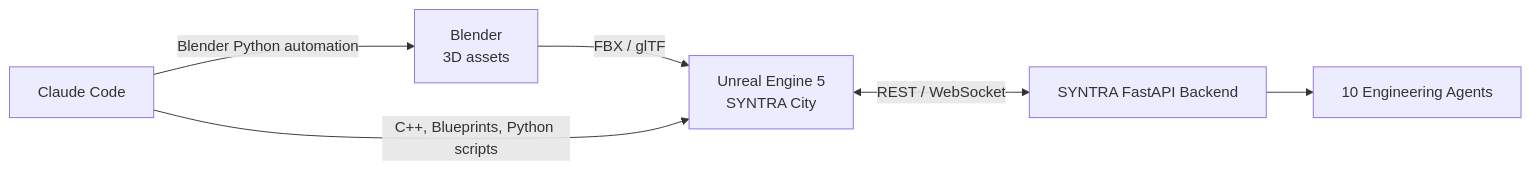
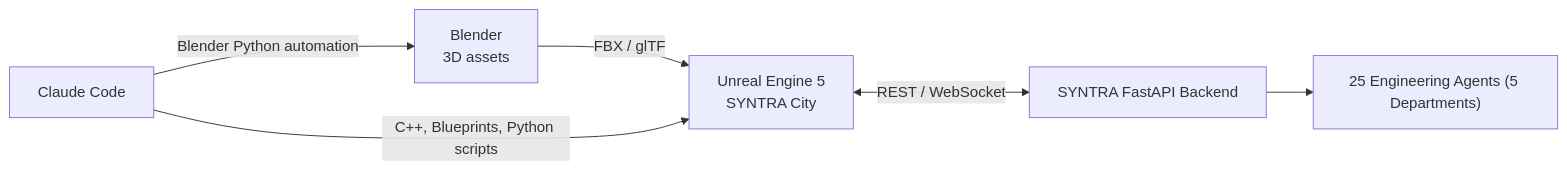
Before and after one commit to thedeepakreddy/SYNTRA: the fifth of 5 diagrams in README.md, drawn with Mermaid. The commit also changed other lines of this file, not shown here.

Commit message:
docs(readme): expand to 25 agents across 5 departments

````diff
--- a/README.md
+++ b/README.md
@@ -457,8 +659,8 @@
 ```mermaid
 flowchart LR
     Blender["Blender<br/>3D assets"] -->|FBX / glTF| UE5["Unreal Engine 5<br/>SYNTRA City"]
     Claude["Claude Code"] -->|C++, Blueprints, Python scripts| UE5
     Claude -->|Blender Python automation| Blender
     UE5 <-->|REST / WebSocket| API["SYNTRA FastAPI Backend"]
-    API --> Agents["10 Engineering Agents"]
+    API --> Agents["25 Engineering Agents (5 Departments)"]
 ```
````
